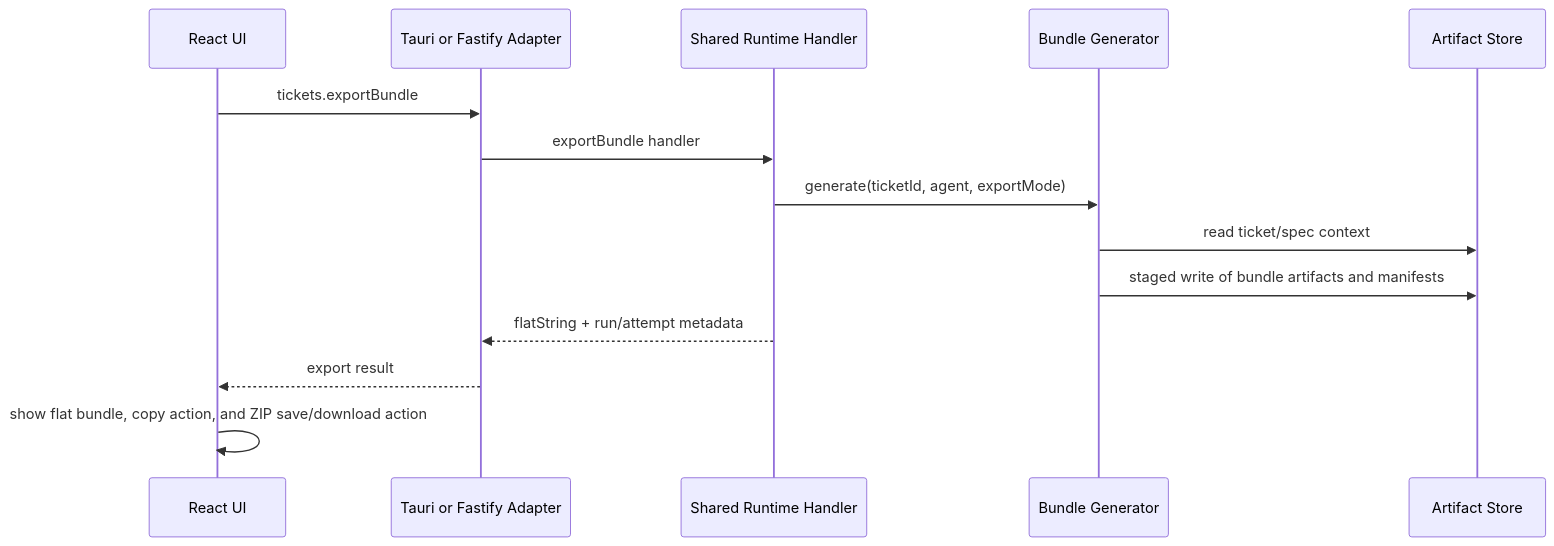
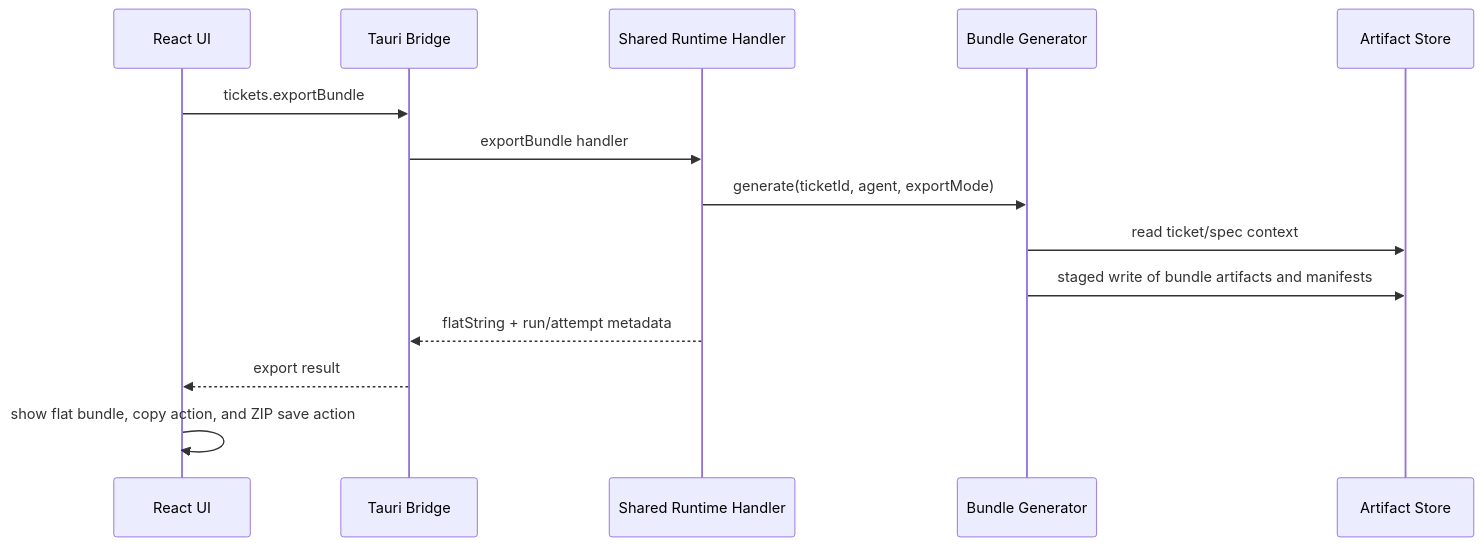
Before and after one commit to mtmitchel/SpecFlow: the third of 3 diagrams in docs/architecture.md, drawn with Mermaid. The commit also changed other lines of this file and 96 other files, not shown here.

````diff
--- a/docs/architecture.md
+++ b/docs/architecture.md
@@ -557,17 +513,17 @@
 ```mermaid
 sequenceDiagram
     participant UI as React UI
-    participant Bridge as Tauri or Fastify Adapter
+    participant Bridge as Tauri Bridge
     participant Runtime as Shared Runtime Handler
     participant Bundle as Bundle Generator
     participant Store as Artifact Store
 
     UI->>Bridge: tickets.exportBundle
     Bridge->>Runtime: exportBundle handler
     Runtime->>Bundle: generate(ticketId, agent, exportMode)
     Bundle->>Store: read ticket/spec context
     Bundle->>Store: staged write of bundle artifacts and manifests
     Runtime-->>Bridge: flatString + run/attempt metadata
     Bridge-->>UI: export result
-    UI->>UI: show flat bundle, copy action, and ZIP save/download action
+    UI->>UI: show flat bundle, copy action, and ZIP save action
 ```
````
